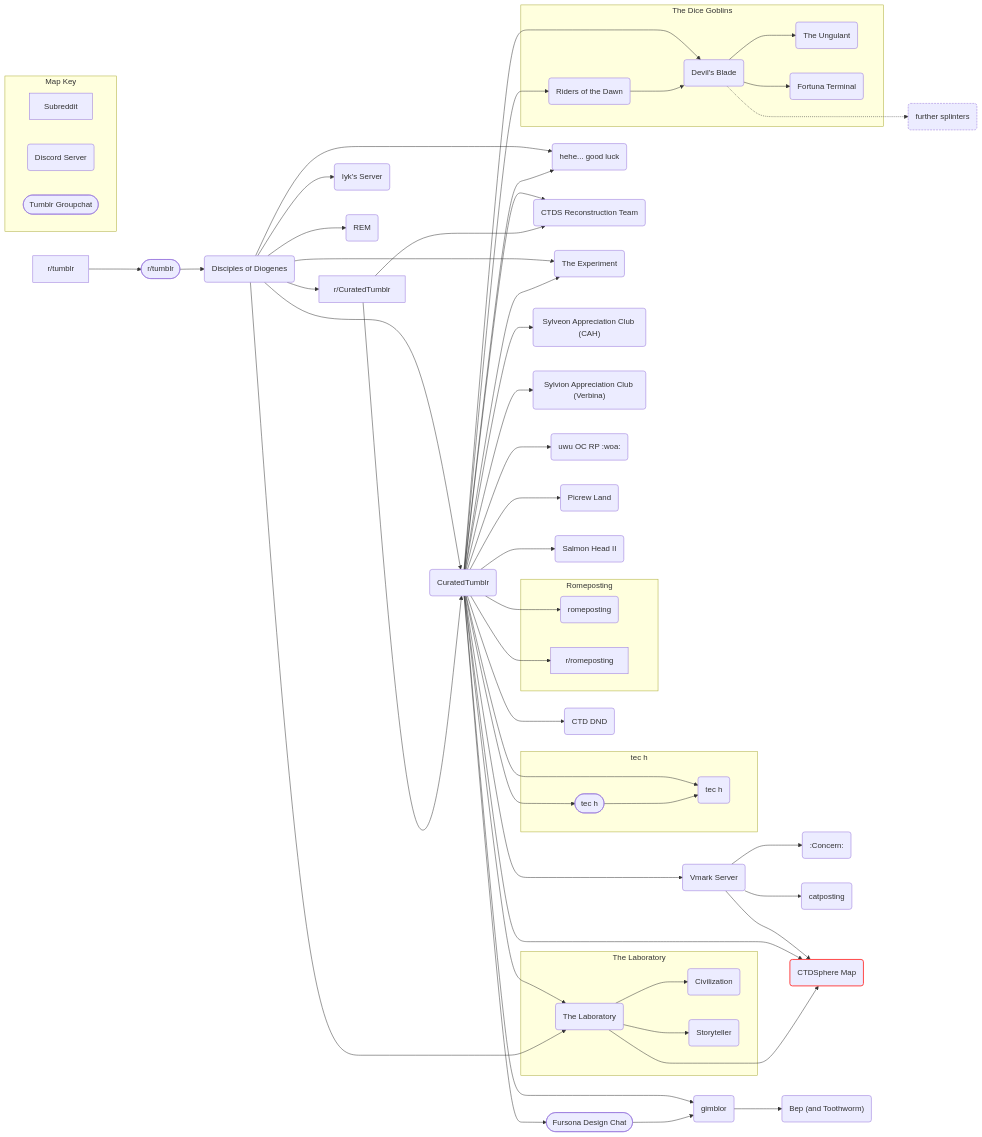
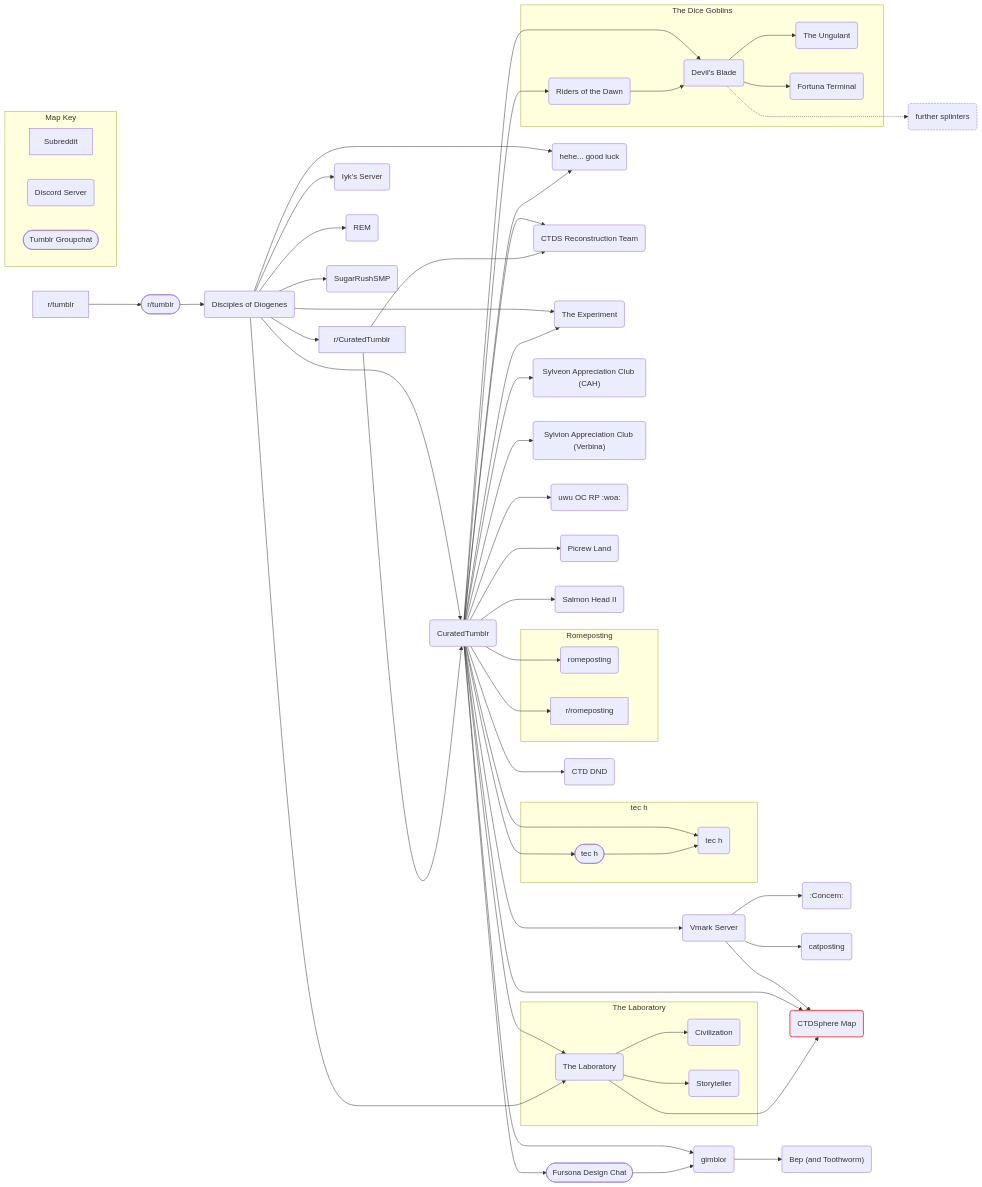
Before and after one commit to AnGenericAccount/CTDSphere-Map: the diagram in Map.md, drawn with Mermaid.

````diff
--- a/Map.md
+++ b/Map.md
@@ -1,65 +1,66 @@
 ```mermaid
 flowchart LR
     tumblr[r/tumblr]-->groupchat([r/tumblr])
     groupchat-->DoD(Disciples of Diogenes)
     DoD-->subreddit[r/CuratedTumblr]
     DoD-->CTDS(CuratedTumblr)
     subreddit-->CTDS
     DoD-->Iyk(Iyk's Server)
     DoD-->REM(REM)
+    DoD-->Sugar(SugarRushSMP)
     DoD-->luck(hehe... good luck)
     CTDS-->luck
     CTDS-->reconstruction(CTDS Reconstruction Team)
     subreddit-->reconstruction
     CTDS-->lab(The Laboratory)
     DoD-->lab
     subgraph Laboratory [The Laboratory]
         lab-->Civilization(Civilization)
         lab-->Storyteller(Storyteller)
     end
     DoD-->Experiment(The Experiment)
     CTDS-->Experiment
     CTDS-->CAH("Sylveon Appreciation Club (CAH)")
     CTDS-->Verbina("Sylvion Appreciation Club (Verbina)")
     CTDS-->tech(tec h)
     CTDS-->techchat([tec h])
     subgraph tec[tec h]
         techchat-->tech
     end
     CTDS-->RP(uwu OC RP :woa:)
     CTDS-->picrew(Picrew Land)
     CTDS-->salmon(Salmon Head II)
     CTDS-->Vmark(Vmark Server)
     Vmark-->concern(:Concern:)
     Vmark-->catposting(catposting)
     Vmark-->sphere("CTDSphere Map")
     style sphere stroke:#f44,stroke-width:2px
     CTDS-->sphere
     lab--->sphere
     CTDS-->gimblor(gimblor)
     CTDS-->fursona([Fursona Design Chat])
     fursona-->gimblor
     gimblor-->bep("Bep (and Toothworm)")
     subgraph Romeposting
         rome(romeposting)
         romesub[r/romeposting]
     end
     CTDS-->rome
     CTDS-->romesub
     CTDS-->DND(CTD DND)
     CTDS-->dawn(Riders of the Dawn)
     CTDS-->blade(Devil's Blade)
     subgraph riders[The Dice Goblins]
         dawn-->blade
         blade-->ungulant(The Ungulant)
         blade-->terminal(Fortuna Terminal)   
     end
     blade-..->further(further splinters)
     style further stroke-dasharray:4 2
     subgraph Key [Map Key]
         direction LR
         sub[Subreddit]
         discord(Discord Server)
         chat([Tumblr Groupchat])
     end
 ```
````
